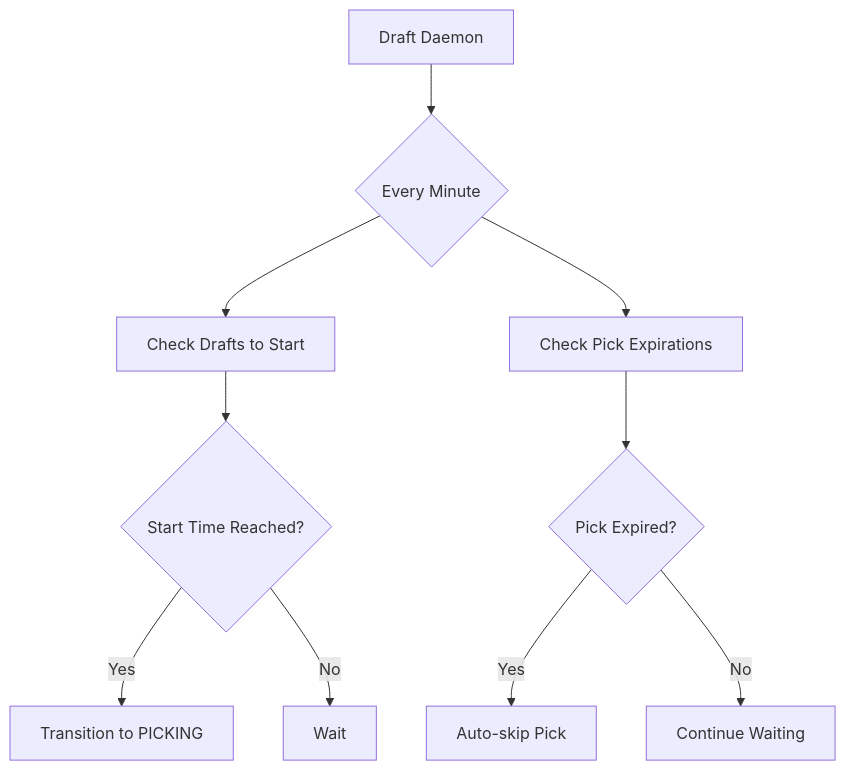
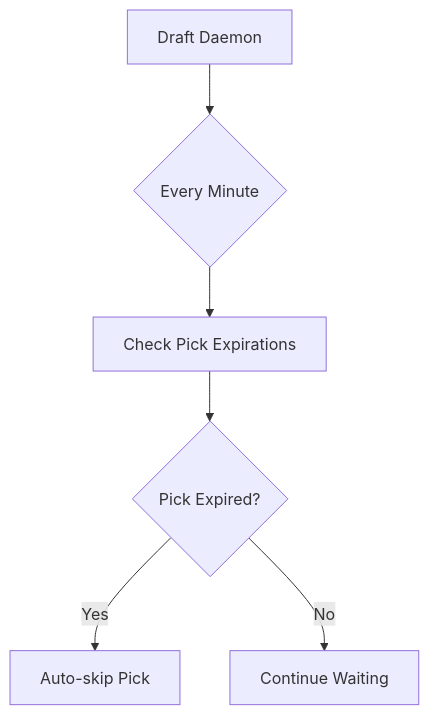
The second of 5 diagrams in docs/business-logic/draft-states.md (squirlemaster42/fantasy-frc-web), drawn with Mermaid before and after one commit. The commit also changed other lines of this file and 28 other files, not shown here.

````diff
--- a/docs/business-logic/draft-states.md
+++ b/docs/business-logic/draft-states.md
@@ -171,14 +143,8 @@
 ```mermaid
 graph TD
     A[Draft Daemon] --> B{Every Minute}
-    B --> C[Check Drafts to Start]
-    B --> D[Check Pick Expirations]
-    
-    C --> E{Start Time Reached?}
-    E -->|Yes| F[Transition to PICKING]
-    E -->|No| G[Wait]
-    
-    D --> H{Pick Expired?}
-    H -->|Yes| I[Auto-skip Pick]
-    H -->|No| J[Continue Waiting]
+    B --> C[Check Pick Expirations]
+    C --> D{Pick Expired?}
+    D -->|Yes| E[Auto-skip Pick]
+    D -->|No| F[Continue Waiting]
 ```
````
